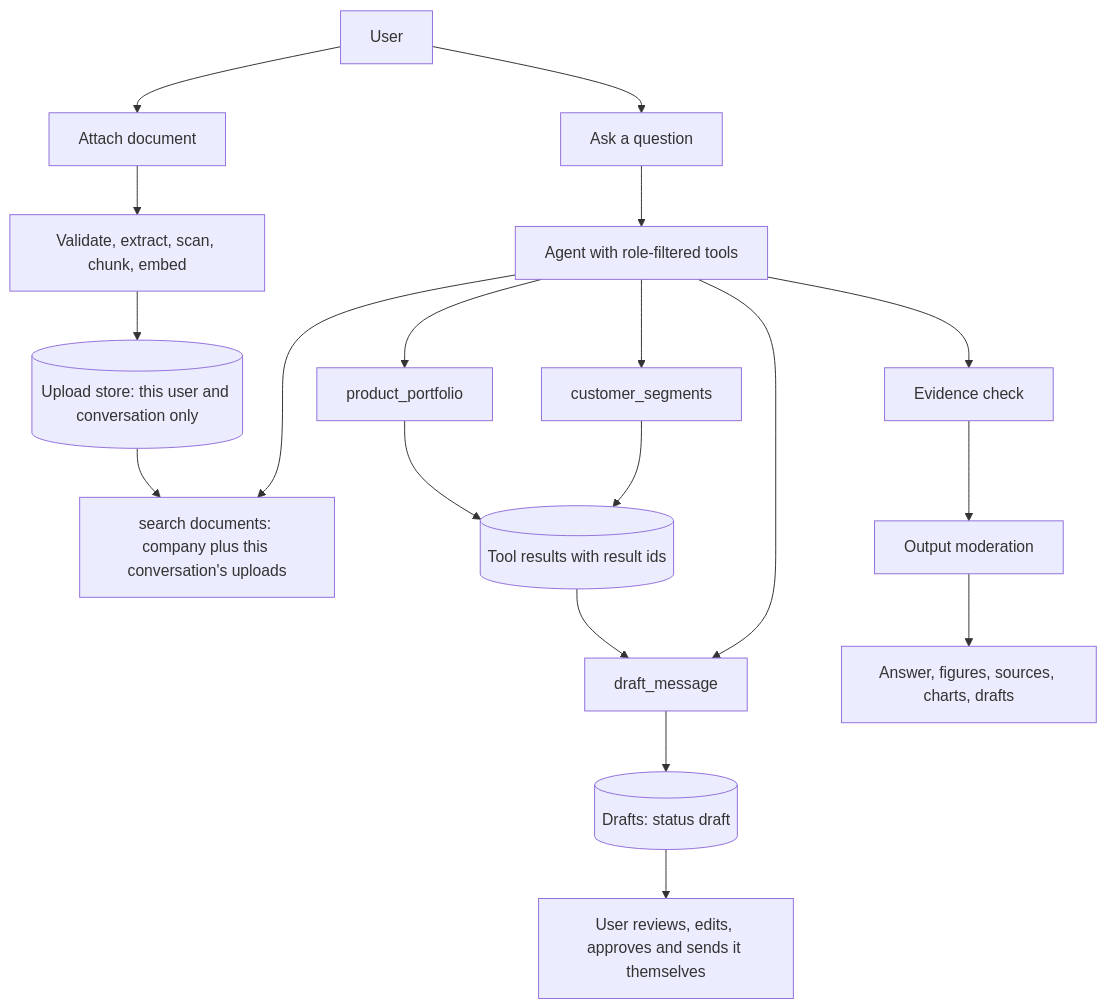
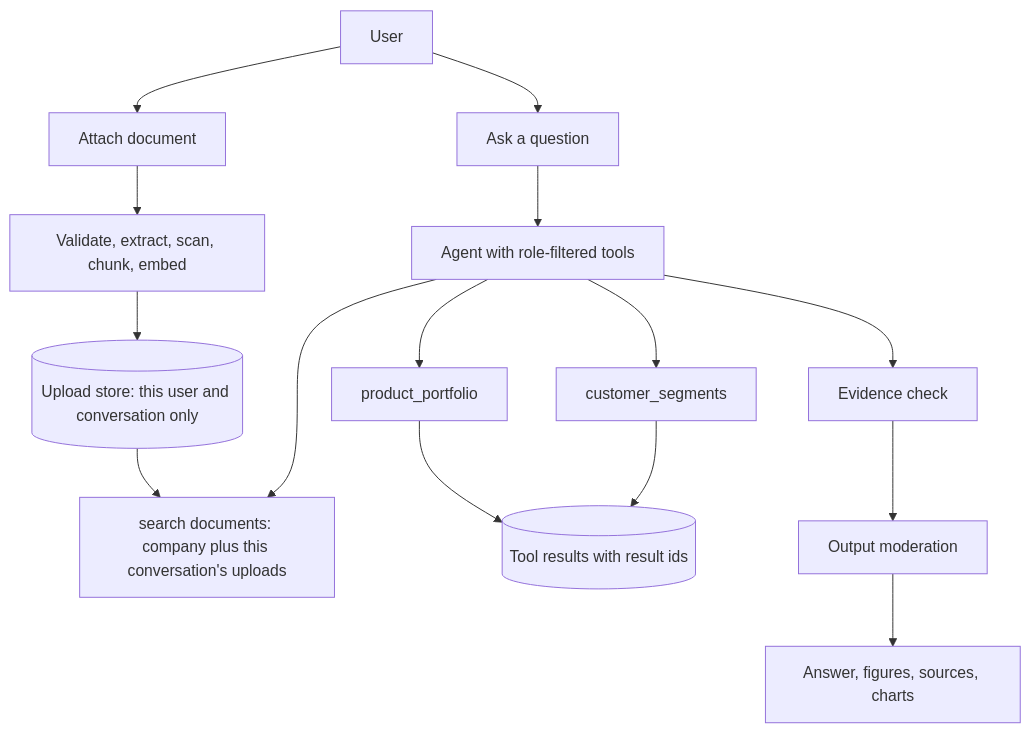
Before and after one commit to PhalanndwaZ/Business-Assistant-AI-agent: the first of 2 diagrams in features_spec.md, drawn with Mermaid. The commit also changed other lines of this file and 56 other files, not shown here.

````diff
--- a/features_spec.md
+++ b/features_spec.md
@@ -55,20 +52,16 @@
 ```mermaid
 flowchart TD
     U[User] --> UP[Attach document]
     UP --> V[Validate, extract, scan, chunk, embed]
     V --> UD[(Upload store: this user and conversation only)]
     U --> Q[Ask a question]
     Q --> AG[Agent with role-filtered tools]
     AG --> T1[customer_segments]
     AG --> T2[product_portfolio]
     AG --> T3[search documents: company plus this conversation's uploads]
     UD --> T3
     T1 & T2 --> R[(Tool results with result ids)]
-    AG --> T4[draft_message]
-    R --> T4
-    T4 --> D[(Drafts: status draft)]
     AG --> EC[Evidence check]
     EC --> MO[Output moderation]
-    MO --> OUT[Answer, figures, sources, charts, drafts]
-    D --> RV[User reviews, edits, approves and sends it themselves]
+    MO --> OUT[Answer, figures, sources, charts]
 ```
````
